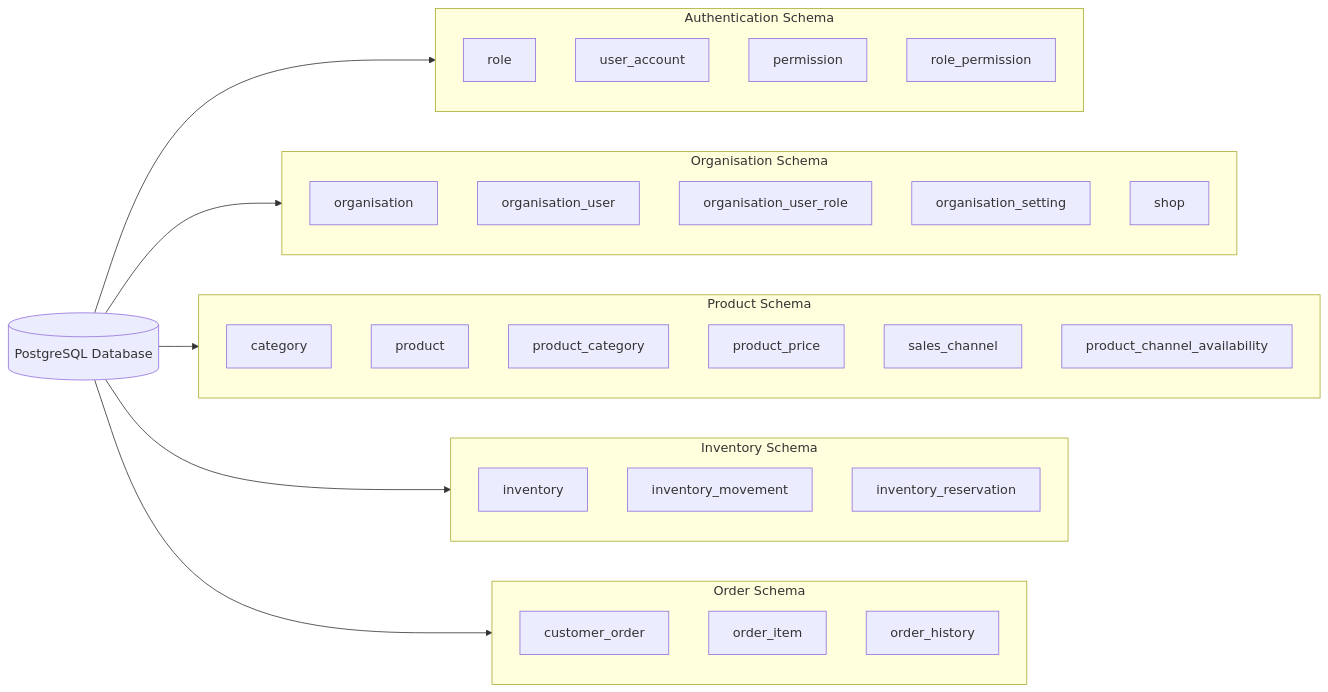
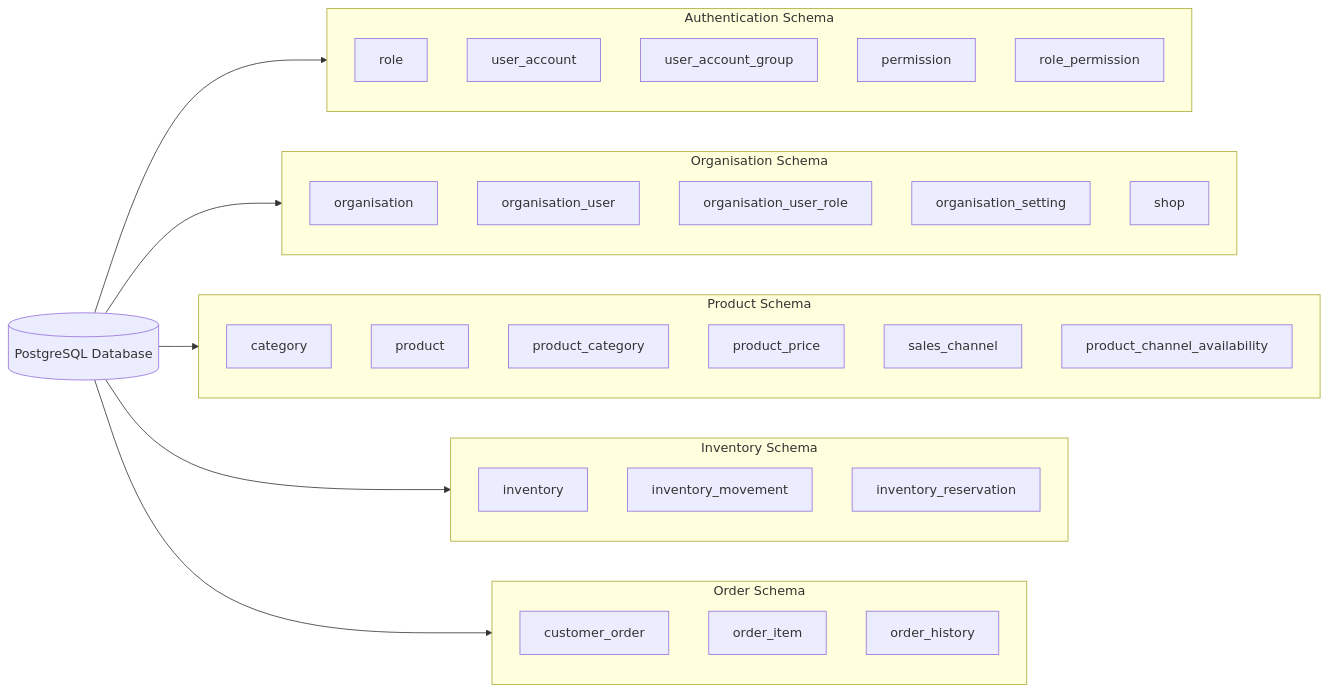
One commit to va4815/stockflow-docs changed the diagram in database/database-overview.md. Above: the diagram before and after it, drawn with Mermaid. The commit also changed other lines of this file and 1 other file, not shown here.

Commit message:
docs: add user account table relationship in Authentication schema

````diff
--- a/database/database-overview.md
+++ b/database/database-overview.md
@@ -12,48 +12,49 @@
 ```mermaid
 flowchart LR
 
     PostgreSQL[("PostgreSQL Database")]
 
     subgraph AuthenticationSchema["Authentication Schema"]
         Role["role"]
         UserAccount["user_account"]
+        UserAccountGroup["user_account_group"]
         Permission["permission"]
         RolePermission["role_permission"]
     end
 
     subgraph OrganisationSchema["Organisation Schema"]
         Organisation["organisation"]
         OrganisationUser["organisation_user"]
         OrganisationUserRole["organisation_user_role"]
         OrganisationSetting["organisation_setting"]
         Shop["shop"]
     end
 
     subgraph ProductSchema["Product Schema"]
         Category["category"]
         Product["product"]
         ProductCategory["product_category"]
         ProductPrice["product_price"]
         SalesChannel["sales_channel"]
         ProductChannelAvailability["product_channel_availability"]
     end
 
     subgraph InventorySchema["Inventory Schema"]
         Inventory["inventory"]
         InventoryMovement["inventory_movement"]
         InventoryReservation["inventory_reservation"]
     end
 
     subgraph OrderSchema["Order Schema"]
         CustomerOrder["customer_order"]
         OrderItem["order_item"]
         OrderHistory["order_history"]
     end
 
     PostgreSQL --> AuthenticationSchema
     PostgreSQL --> OrganisationSchema
     PostgreSQL --> ProductSchema
     PostgreSQL --> InventorySchema
     PostgreSQL --> OrderSchema
 
 ```
````
